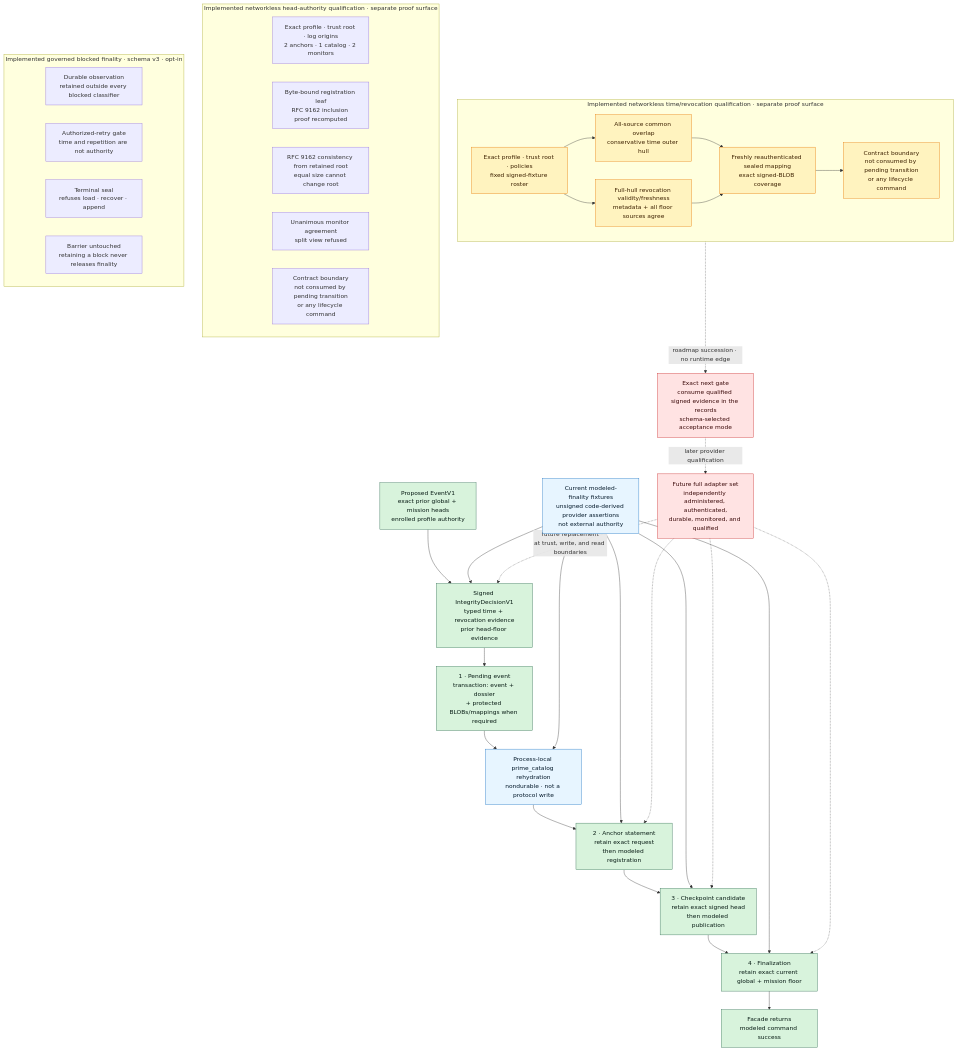
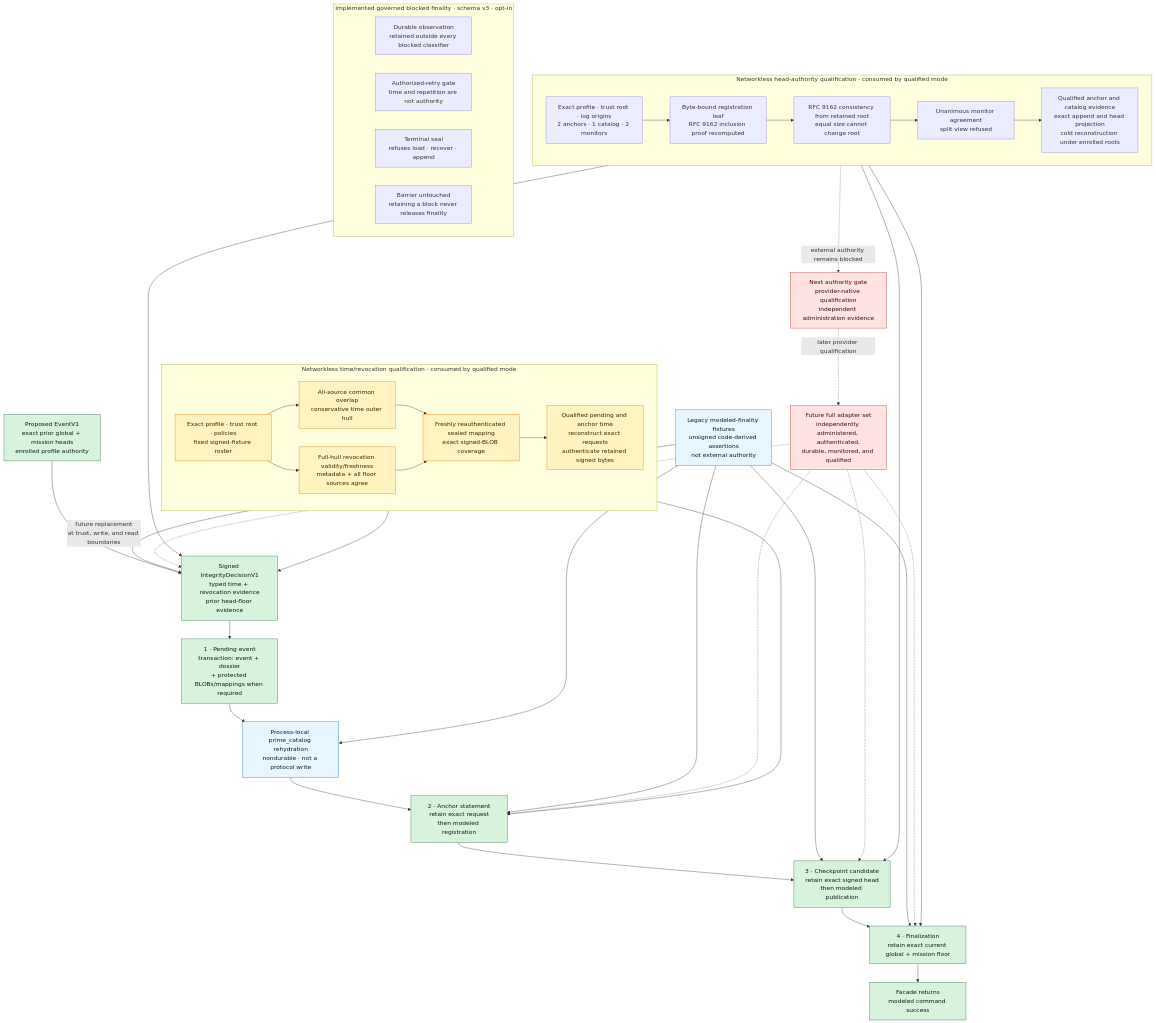
One commit to manfromnowhere143/etzio changed the second of 2 diagrams in README.md. Above: the diagram before and after it, drawn with Mermaid. The commit also changed other lines of this file and 24 other files, not shown here.

Commit message:
Complete qualified fixture finality and cold evidence reconstruction

````diff
--- a/README.md
+++ b/README.md
@@ -300,68 +306,74 @@
 ```mermaid
 flowchart TB
     E["Proposed EventV1<br/>exact prior global + mission heads<br/>enrolled profile authority"]
     D["Signed IntegrityDecisionV1<br/>typed time + revocation evidence<br/>prior head-floor evidence"]
     P1["1 · Pending event<br/>transaction: event + dossier<br/>+ protected BLOBs/mappings when required"]
     RH["Process-local prime_catalog rehydration<br/>nondurable · not a protocol write"]
     P2["2 · Anchor statement<br/>retain exact request<br/>then modeled registration"]
     P3["3 · Checkpoint candidate<br/>retain exact signed head<br/>then modeled publication"]
     P4["4 · Finalization<br/>retain exact current global + mission floor"]
     OK["Facade returns<br/>modeled command success"]
-    FX["Current modeled-finality fixtures<br/>unsigned code-derived provider assertions<br/>not external authority"]
+    FX["Legacy modeled-finality fixtures<br/>unsigned code-derived assertions<br/>not external authority"]
 
-    subgraph QUAL2["Implemented networkless time/revocation qualification · separate proof surface"]
+    subgraph QUAL2["Networkless time/revocation qualification · consumed by qualified mode"]
         direction LR
         QP["Exact profile · trust root · policies<br/>fixed signed-fixture roster"]
         QT["All-source common overlap<br/>conservative time outer hull"]
         QR["Full-hull revocation validity/freshness<br/>metadata + all floor sources agree"]
         QM["Freshly reauthenticated sealed mapping<br/>exact signed-BLOB coverage"]
-        QN["Contract boundary<br/>not consumed by pending transition<br/>or any lifecycle command"]
+        QN["Qualified pending and anchor time<br/>reconstruct exact requests<br/>authenticate retained signed bytes"]
     end
 
-    subgraph QUAL3["Implemented networkless head-authority qualification · separate proof surface"]
+    subgraph QUAL3["Networkless head-authority qualification · consumed by qualified mode"]
         direction LR
         HP["Exact profile · trust root · log origins<br/>2 anchors · 1 catalog · 2 monitors"]
         HA["Byte-bound registration leaf<br/>RFC 9162 inclusion proof recomputed"]
         HC["RFC 9162 consistency from retained root<br/>equal size cannot change root"]
         HM["Unanimous monitor agreement<br/>split view refused"]
-        HN["Contract boundary<br/>not consumed by pending transition<br/>or any lifecycle command"]
+        HN["Qualified anchor and catalog evidence<br/>exact append and head projection<br/>cold reconstruction under enrolled roots"]
     end
 
     subgraph BLOCKED["Implemented governed blocked finality · schema v3 · opt-in"]
         direction LR
         BO["Durable observation<br/>retained outside every blocked classifier"]
         BG["Authorized-retry gate<br/>time and repetition are not authority"]
         BS["Terminal seal<br/>refuses load · recover · append"]
         BB["Barrier untouched<br/>retaining a block never releases finality"]
     end
 
-    NEXT["Exact next gate<br/>consume qualified signed evidence in the records<br/>schema-selected acceptance mode"]
+    NEXT["Next authority gate<br/>provider-native qualification<br/>independent administration evidence"]
     EXT["Future full adapter set<br/>independently administered, authenticated,<br/>durable, monitored, and qualified"]
 
     E --> D --> P1 --> RH --> P2 --> P3 --> P4 --> OK
     FX --> D
     FX --> RH
     FX --> P2
     FX --> P3
     FX --> P4
     QP --> QT
     QP --> QR
     QT --> QM
     QR --> QM
     QM --> QN
-    QN -. "roadmap succession · no runtime edge" .-> NEXT
+    QN --> D
+    QN --> P2
+    HP --> HA --> HC --> HM --> HN
+    HN --> D
+    HN --> P3
+    HN --> P4
+    HN -. "external authority remains blocked" .-> NEXT
     NEXT -. "later provider qualification" .-> EXT
     EXT -. "future replacement<br/>at trust, write, and read boundaries" .-> D
     EXT -.-> P2
     EXT -.-> P3
     EXT -.-> P4
 
     classDef retained fill:#d8f3dc,stroke:#2d6a4f,color:#081c15;
     classDef boundary fill:#e7f5ff,stroke:#1971c2,color:#061b2c;
     classDef qualification fill:#fff3bf,stroke:#e67700,color:#3d2100;
     classDef blocked fill:#ffe3e3,stroke:#c92a2a,color:#3b0a0a;
     class E,D,P1,P2,P3,P4,OK retained;
     class FX,RH boundary;
     class QP,QT,QR,QM,QN qualification;
     class NEXT,EXT blocked;
 ```
````
